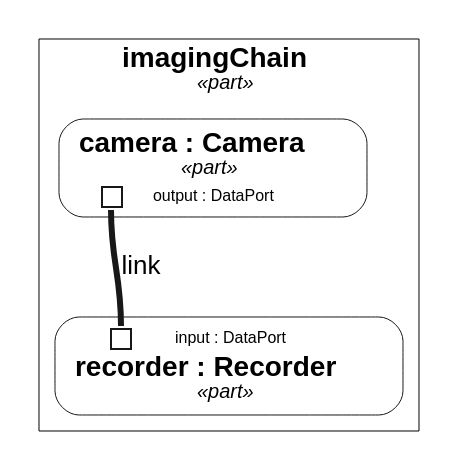
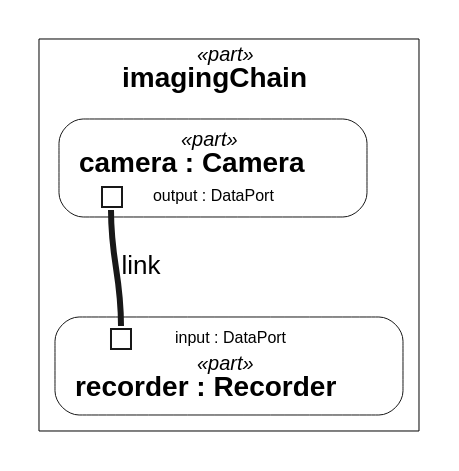
The first of 2 diagrams in internal/doc/docrender/testdata/telescope_report.dot.golden.md (Open-MBEE/OpenSysML), drawn with Graphviz before and after one commit. The commit also changed other lines of this file and 80 other files, not shown here.

First line of the commit message:
fix(view): head every node with its kind above the name and centre Mermaid subgraph titles

````diff
--- a/internal/doc/docrender/testdata/telescope_report.dot.golden.md
+++ b/internal/doc/docrender/testdata/telescope_report.dot.golden.md
@@ -83,20 +83,20 @@
 ```dot
 // view: Observatory::interconnectView
 // kind: interconnection
 // stated: render asInterconnectionDiagram
 // layout: dot
 digraph "Observatory::interconnectView" {
   graph [fontname="Helvetica"];
   node [shape=box, style=filled, fillcolor=white, color="#181818", fontname="Helvetica", fontsize=14, penwidth=0.5];
   edge [color="#181818", fontname="Helvetica", fontsize=13, penwidth=1];
   subgraph "cluster_n0" {
-    label=<<b>imagingChain</b><br/><font point-size="10"><i>«part»</i></font>>;
+    label=<<font point-size="10"><i>«part»</i></font><br/><b>imagingChain</b>>;
     color=black;
     penwidth=0.5;
     "n0" [shape=point, style=invis, width=0, height=0, label=""];
-    "n1" [style="rounded,filled", label=<<table border="0" cellborder="0" cellspacing="0" cellpadding="2"><tr><td colspan="2"><b>camera : Camera</b><br/><font point-size="10"><i>«part»</i></font></td></tr><tr><td port="n1.0" border="1" fixedsize="true" width="10" height="10"></td><td align="left"><font point-size="8">output : DataPort</font></td></tr></table>>];
-    "n2" [style="rounded,filled", label=<<table border="0" cellborder="0" cellspacing="0" cellpadding="2"><tr><td port="n2.0" border="1" fixedsize="true" width="10" height="10"></td><td align="left"><font point-size="8">input : DataPort</font></td></tr><tr><td colspan="2"><b>recorder : Recorder</b><br/><font point-size="10"><i>«part»</i></font></td></tr></table>>];
+    "n1" [style="rounded,filled", label=<<table border="0" cellborder="0" cellspacing="0" cellpadding="2"><tr><td colspan="2"><font point-size="10"><i>«part»</i></font><br/><b>camera : Camera</b></td></tr><tr><td port="n1.0" border="1" fixedsize="true" width="10" height="10"></td><td align="left"><font point-size="8">output : DataPort</font></td></tr></table>>];
+    "n2" [style="rounded,filled", label=<<table border="0" cellborder="0" cellspacing="0" cellpadding="2"><tr><td port="n2.0" border="1" fixedsize="true" width="10" height="10"></td><td align="left"><font point-size="8">input : DataPort</font></td></tr><tr><td colspan="2"><font point-size="10"><i>«part»</i></font><br/><b>recorder : Recorder</b></td></tr></table>>];
   }
   "n1":"n1.0" -> "n2":"n2.0" [label="link", arrowhead=none, penwidth=3];
 }
 ```
````
